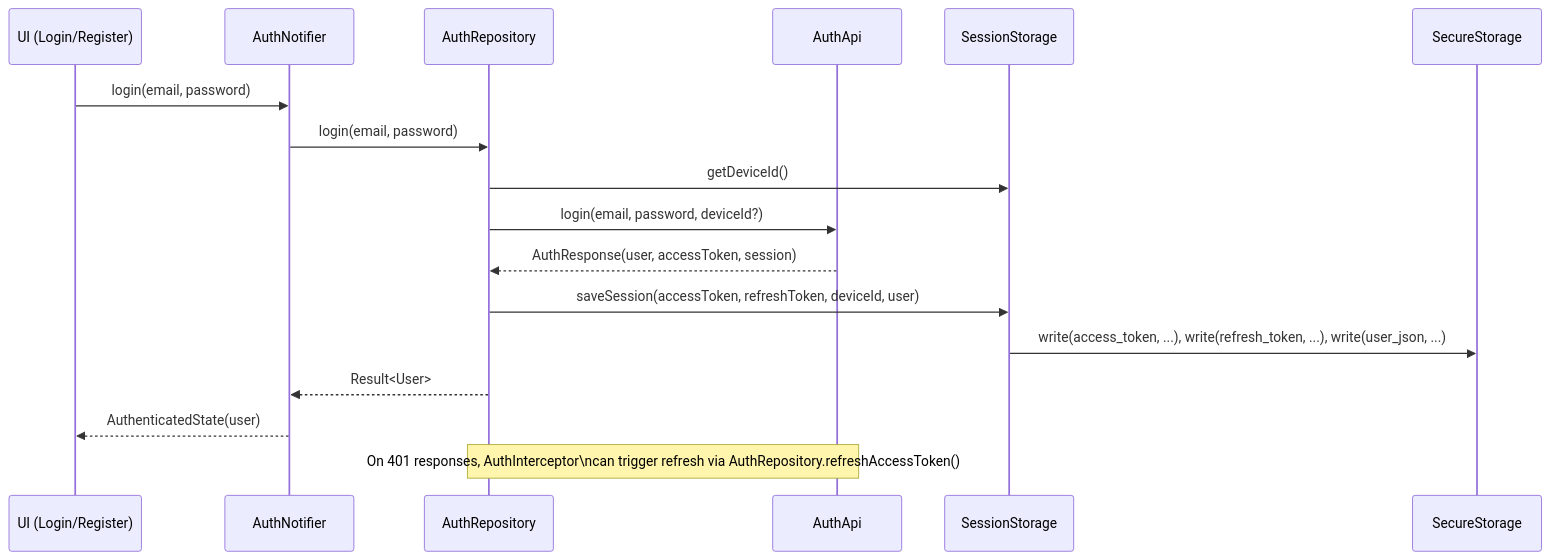
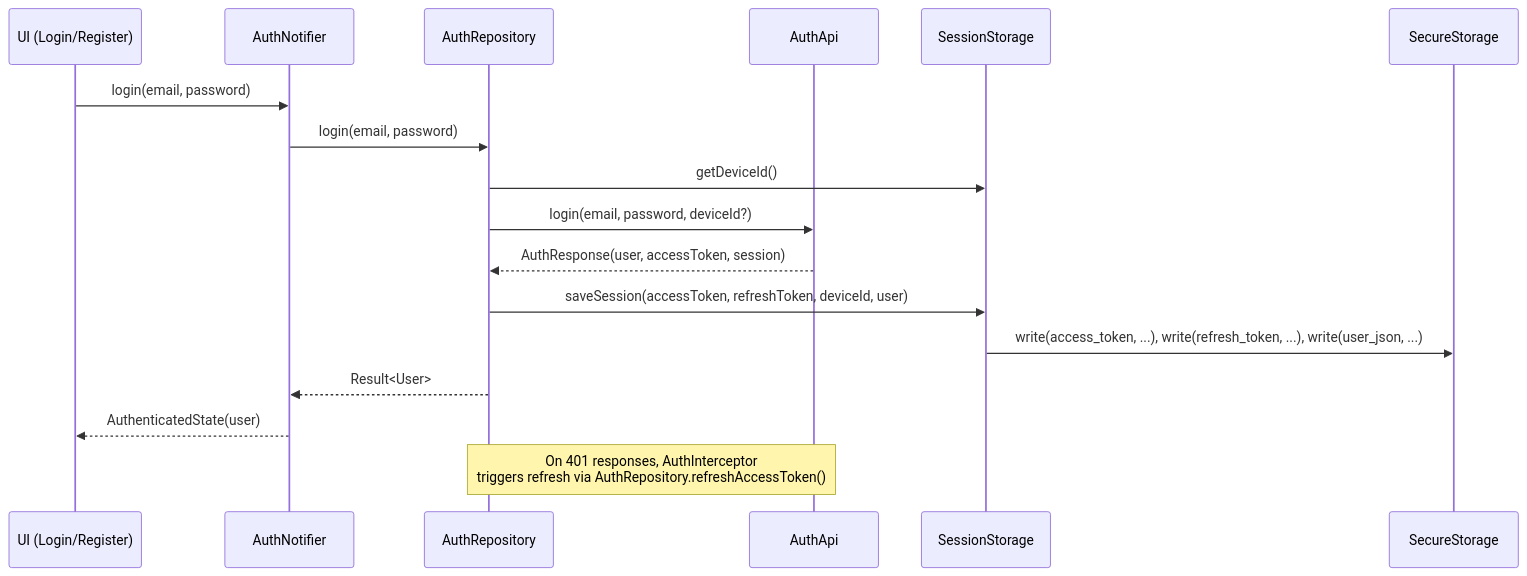
One commit to batuyilmazer/flutter-frontend-boilerplate changed the third of 3 diagrams in README.md. Above: the diagram before and after it, drawn with Mermaid. The commit also changed other lines of this file and 5 other files, not shown here.

````diff
--- a/README.md
+++ b/README.md
@@ -247,21 +227,21 @@
 ```mermaid
 sequenceDiagram
   participant UI as UI (Login/Register)
   participant Notifier as AuthNotifier
   participant Repo as AuthRepository
   participant Api as AuthApi
   participant Sess as SessionStorage
   participant Store as SecureStorage
 
   UI->>Notifier: login(email, password)
   Notifier->>Repo: login(email, password)
   Repo->>Sess: getDeviceId()
   Repo->>Api: login(email, password, deviceId?)
   Api-->>Repo: AuthResponse(user, accessToken, session)
   Repo->>Sess: saveSession(accessToken, refreshToken, deviceId, user)
   Sess->>Store: write(access_token, ...), write(refresh_token, ...), write(user_json, ...)
   Repo-->>Notifier: Result<User>
   Notifier-->>UI: AuthenticatedState(user)
 
-  Note over Repo,Api: On 401 responses, AuthInterceptor\ncan trigger refresh via AuthRepository.refreshAccessToken()
+  Note over Repo,Api: On 401 responses, AuthInterceptor<br/>triggers refresh via AuthRepository.refreshAccessToken()
 ```
````
